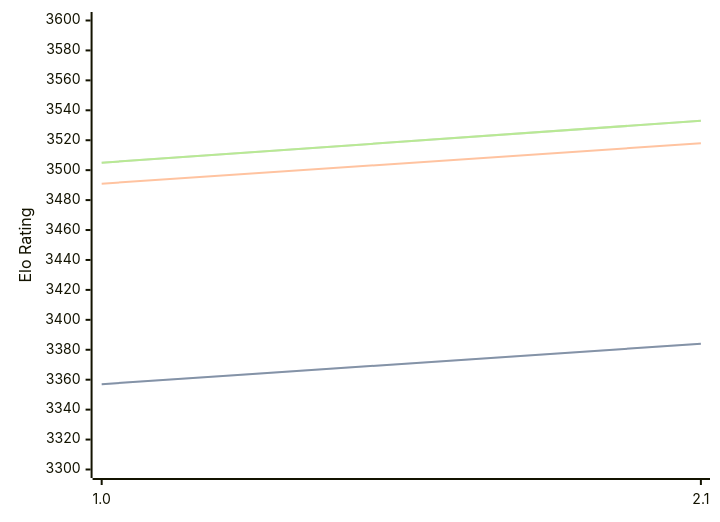
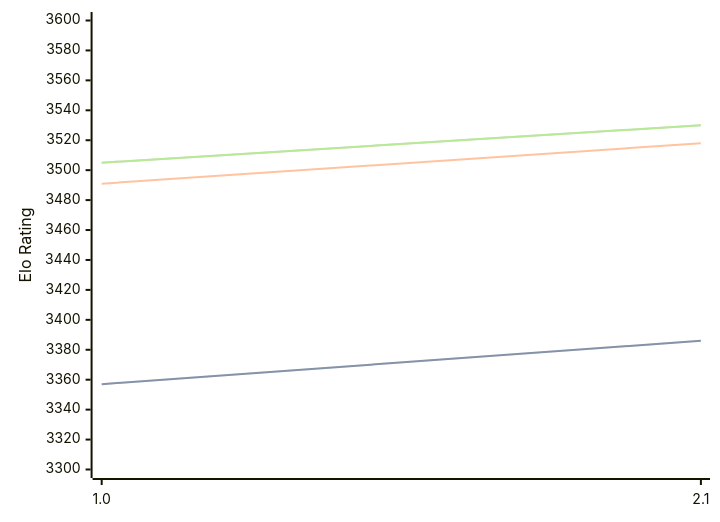
One commit to computer-chess-index/cci changed the diagram in engines/Hobbes.md. Above: the diagram before and after it, drawn with Mermaid. The commit also changed other lines of this file, not shown here.

Commit message:
Update CCI Ratings (ELO VLTC) - 2026-07-21

````diff
--- a/engines/Hobbes.md
+++ b/engines/Hobbes.md
@@ -33,11 +33,11 @@
 ```mermaid
 %%{init: {"theme":"base","themeVariables":{"seriesColors:['#a3a3a3','#222221','#faa371']}}}%%
 xychart-beta
   x-axis ["1.0", "2.1"]
   y-axis "Elo Rating" 3300 --> 3600
-  line "STC (8.0+0.08s)" [3357, 3384]
-  line "STC (8.0+0.08s)" [3357, 3384]
+  line "STC (8.0+0.08s)" [3357, 3386]
+  line "STC (8.0+0.08s)" [3357, 3386]
   line "LTC (60.0+0.60s)" [3491, 3518]
-  line "VLTC (2m24s+1.12s)" [3505, 3533]
-  line "VLTC (2m24s+1.12s)" [3505, 3533]
+  line "VLTC (2m24s+1.12s)" [3505, 3530]
+  line "VLTC (2m24s+1.12s)" [3505, 3530]
 ```
````
